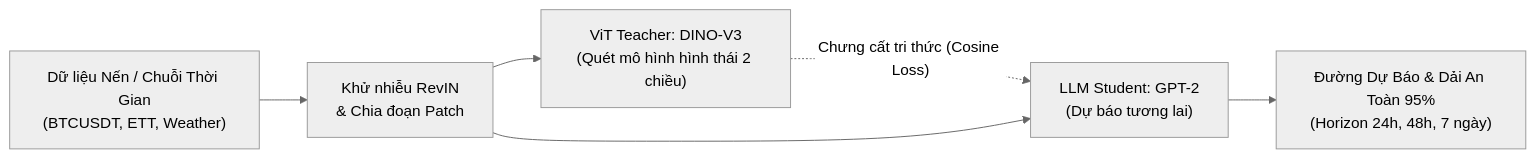
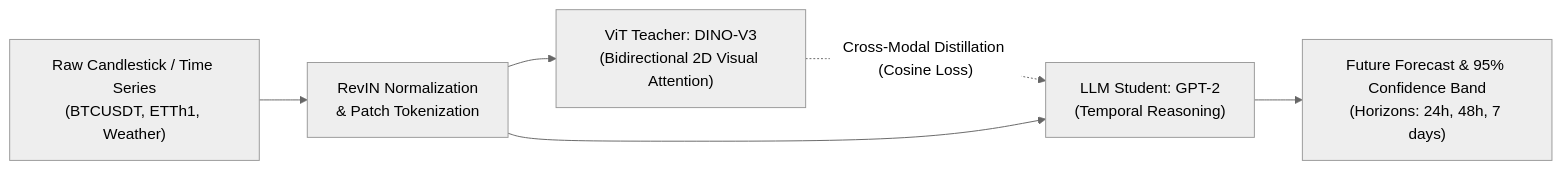
The first of 2 diagrams in README.md (NguyenVDat104/CALF_GPT4TS), drawn with Mermaid (neutral theme) before and after one commit. The commit also changed other lines of this file and 3 other files, not shown here.

````diff
--- a/README.md
+++ b/README.md
@@ -56,8 +56,8 @@
 ```mermaid
 flowchart LR
-    A["Dữ liệu Nến / Chuỗi Thời Gian<br/>(BTCUSDT, ETT, Weather)"] --> B["Khử nhiễu RevIN<br/>& Chia đoạn Patch"]
-    B --> C["ViT Teacher: DINO-V3<br/>(Quét mô hình hình thái 2 chiều)"]
-    C -. "Chưng cất tri thức (Cosine Loss)" .-> D["LLM Student: GPT-2<br/>(Dự báo tương lai)"]
+    A["Raw Candlestick / Time Series<br/>(BTCUSDT, ETTh1, Weather)"] --> B["RevIN Normalization<br/>& Patch Tokenization"]
+    B --> C["ViT Teacher: DINO-V3<br/>(Bidirectional 2D Visual Attention)"]
+    C -. "Cross-Modal Distillation (Cosine Loss)" .-> D["LLM Student: GPT-2<br/>(Temporal Reasoning)"]
     B --> D
-    D --> E["Đường Dự Báo & Dải An Toàn 95%<br/>(Horizon 24h, 48h, 7 ngày)"]
+    D --> E["Future Forecast & 95% Confidence Band<br/>(Horizons: 24h, 48h, 7 days)"]
 ```
````
